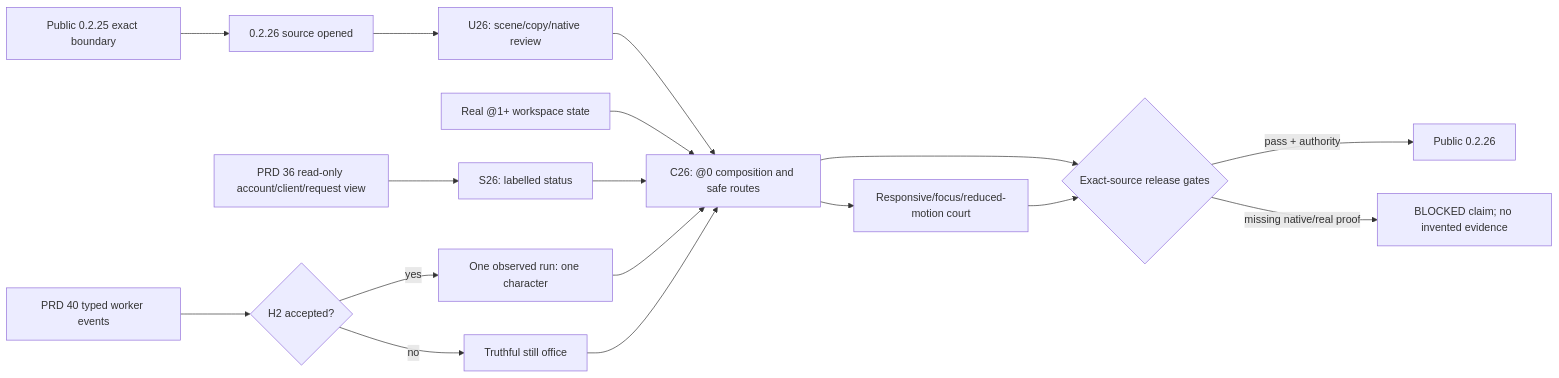
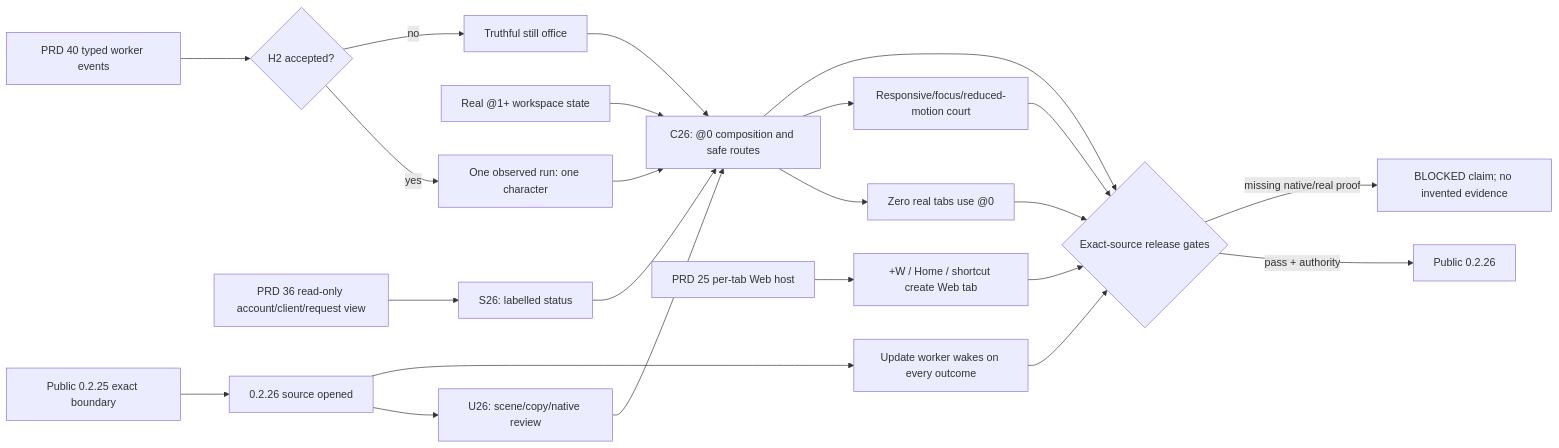
One commit to partnernetsoftware/minicon changed the diagram in plan/plan-v0.2.26.md. Above: the diagram before and after it, drawn with Mermaid. The commit also changed other lines of this file and 5 other files, not shown here.

````diff
--- a/plan/plan-v0.2.26.md
+++ b/plan/plan-v0.2.26.md
@@ -71,17 +86,20 @@
 ```mermaid
 flowchart LR
     P25["Public 0.2.25 exact boundary"] --> V26["0.2.26 source opened"]
     V26 --> UX["U26: scene/copy/native review"]
     UX --> HOME["C26: @0 composition and safe routes"]
+    HOME --> Z26["Zero real tabs use @0"]
+    WEB["PRD 25 per-tab Web host"] --> W26["+W / Home / shortcut create Web tab"]
+    V26 --> F26["Update worker wakes on every outcome"]
     WORK["Real @1+ workspace state"] --> HOME
     VIEW["PRD 36 read-only account/client/request view"] --> S26["S26: labelled status"]
     S26 --> HOME
     HOME --> R26["Responsive/focus/reduced-motion court"]
     APP["PRD 40 typed worker events"] --> H2{H2 accepted?}
     H2 -->|yes| ACTOR["One observed run: one character"]
     H2 -->|no| STILL["Truthful still office"]
     ACTOR & STILL --> HOME
-    HOME & R26 --> Q26{Exact-source release gates}
+    HOME & R26 & Z26 & W26 & F26 --> Q26{Exact-source release gates}
     Q26 -->|pass + authority| PUB["Public 0.2.26"]
     Q26 -->|missing native/real proof| BLOCK["BLOCKED claim; no invented evidence"]
 ```
````
